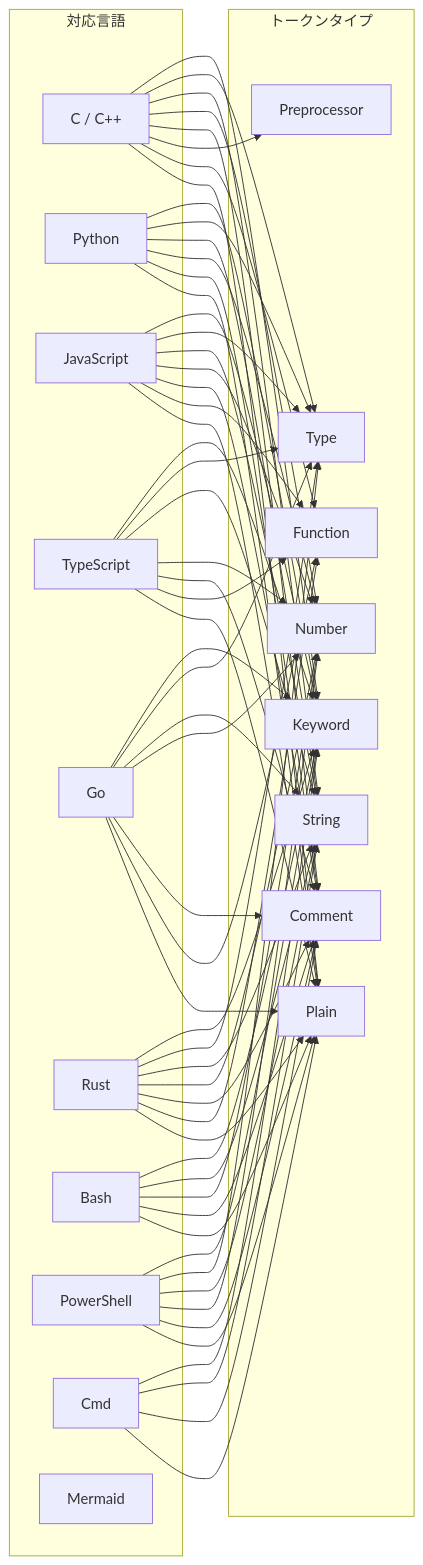
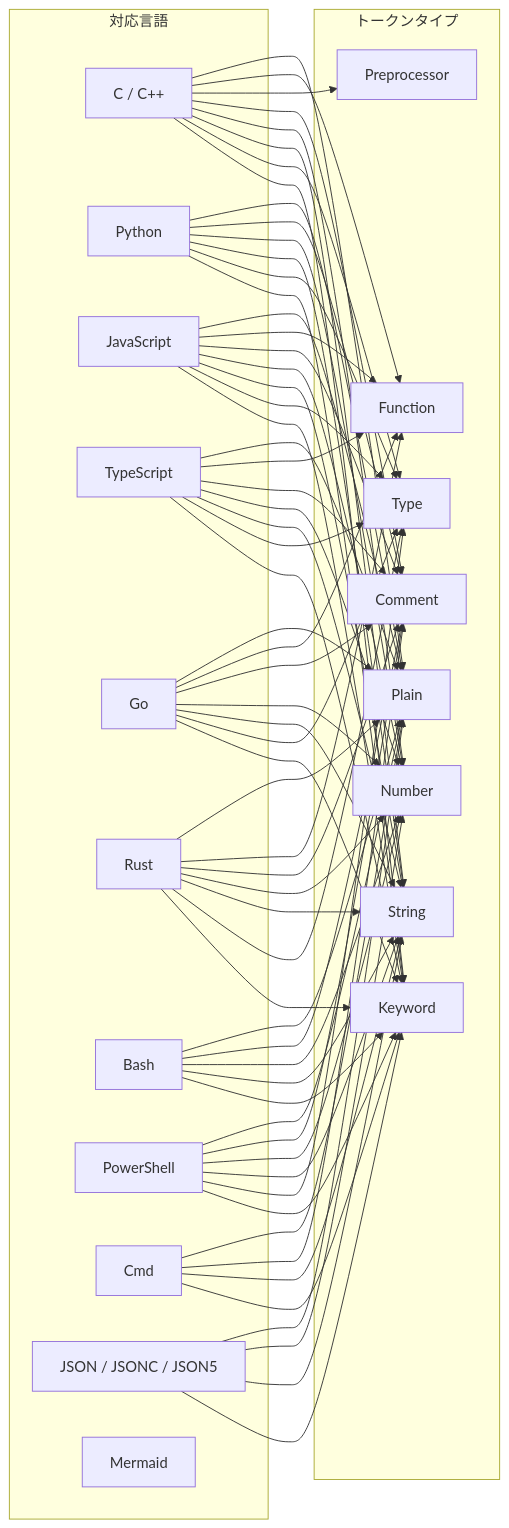
The ninth of 27 diagrams in example/test.md (tanaton/mendo), drawn with Mermaid before and after one commit. The commit also changed other lines of this file, not shown here.

````diff
--- a/example/test.md
+++ b/example/test.md
@@ -968,36 +1173,38 @@
 ```mermaid
 graph LR
     subgraph 対応言語
         CPP[C / C++]
         PY[Python]
         JS[JavaScript]
         TS[TypeScript]
         GO[Go]
         RS[Rust]
         BASH[Bash]
         PS[PowerShell]
         CMD[Cmd]
+        JSON[JSON / JSONC / JSON5]
         MER[Mermaid]
     end
 
     subgraph トークンタイプ
         KW[Keyword]
         TY[Type]
         ST[String]
         NU[Number]
         CM[Comment]
         PP[Preprocessor]
         FN[Function]
         PL[Plain]
     end
 
     CPP --> KW & TY & ST & NU & CM & PP & FN & PL
     PY --> KW & TY & ST & NU & CM & PL
     JS --> KW & TY & ST & NU & CM & FN & PL
     TS --> KW & TY & ST & NU & CM & FN & PL
     GO --> KW & TY & ST & NU & CM & FN & PL
     RS --> KW & TY & ST & NU & CM & FN & PL
     BASH --> KW & ST & NU & CM & PL
     PS --> KW & TY & ST & NU & CM & PL
     CMD --> KW & ST & CM & PL
+    JSON --> KW & ST & NU & PL
 ```
````
